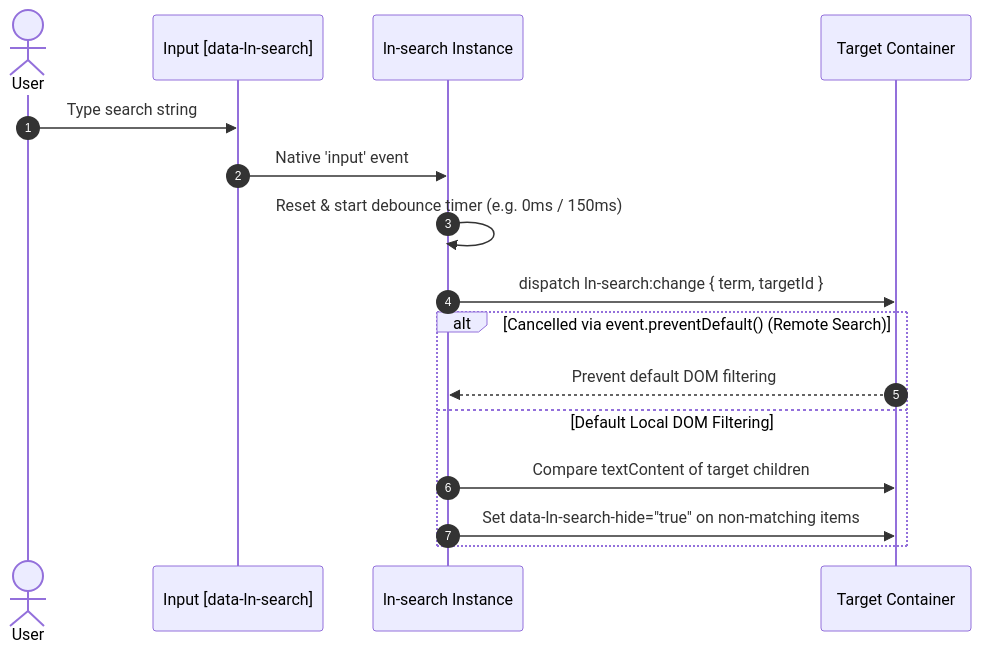
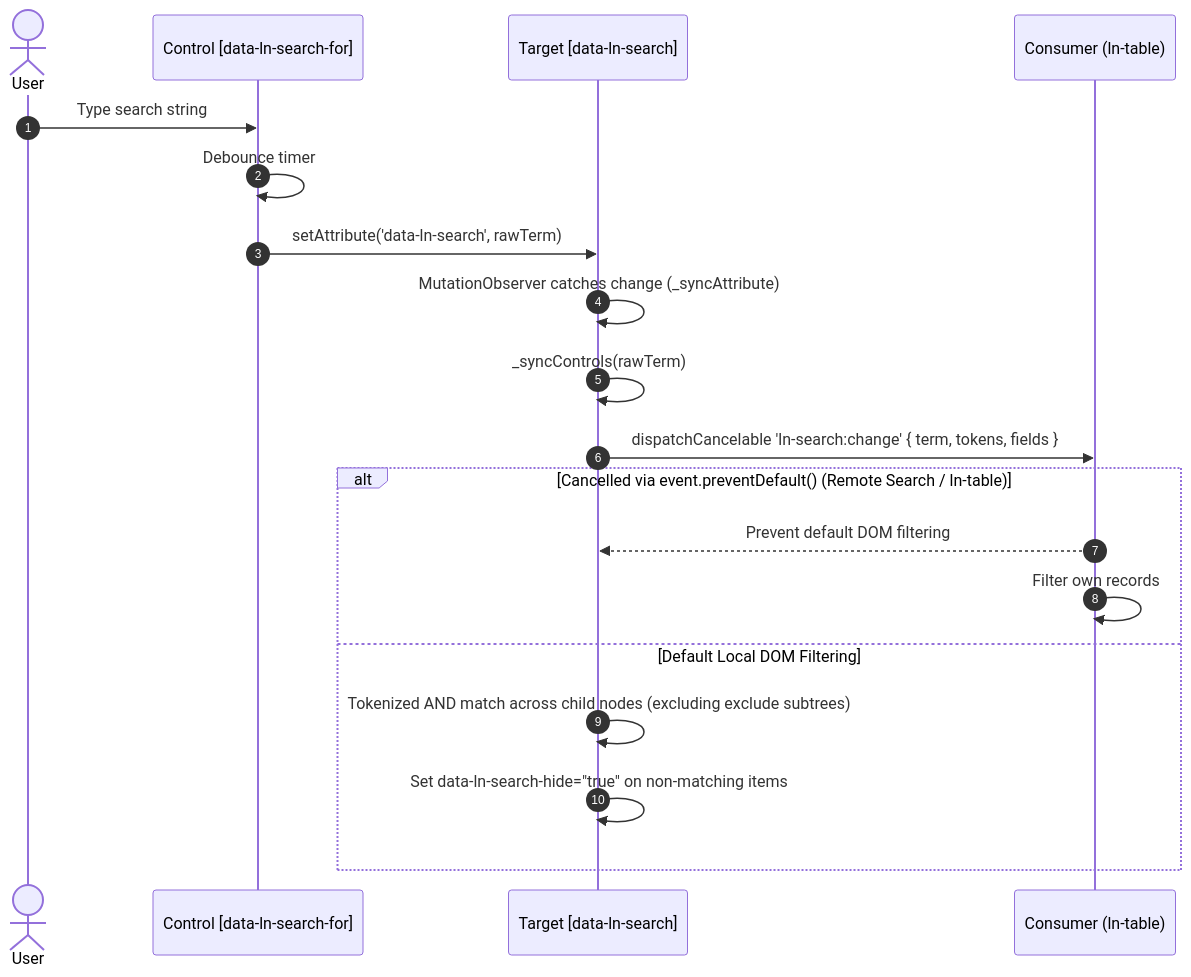
One commit to livenetworks/ln-ashlar changed the diagram in docs-mcp/components/ln-search.md. Above: the diagram before and after it, drawn with Mermaid. The commit also changed other lines of this file and 106 other files, not shown here.

Commit message:
feat(ln-search, ln-table): refactor ln-search to two-host architecture and improve table search

````diff
--- a/docs-mcp/components/ln-search.md
+++ b/docs-mcp/components/ln-search.md
@@ -176,20 +202,23 @@
 ```mermaid
 sequenceDiagram
     autonumber
     actor User
-    participant Input as Input [data-ln-search]
-    participant Component as ln-search Instance
-    participant Target as Target Container
+    participant Control as Control [data-ln-search-for]
+    participant Target as Target [data-ln-search]
+    participant Consumer as Consumer (ln-table)
 
-    User->>Input: Type search string
-    Input->>Component: Native 'input' event
-    Component->>Component: Reset & start debounce timer (e.g. 0ms / 150ms)
-    Component->>Target: dispatch ln-search:change { term, targetId }
+    User->>Control: Type search string
+    Control->>Control: Debounce timer
+    Control->>Target: setAttribute('data-ln-search', rawTerm)
+    Target->>Target: MutationObserver catches change (_syncAttribute)
+    Target->>Target: _syncControls(rawTerm)
+    Target->>Consumer: dispatchCancelable 'ln-search:change' { term, tokens, fields }
 
-    alt Cancelled via event.preventDefault() (Remote Search)
-        Target-->>Component: Prevent default DOM filtering
+    alt Cancelled via event.preventDefault() (Remote Search / ln-table)
+        Consumer-->>Target: Prevent default DOM filtering
+        Consumer->>Consumer: Filter own records
     else Default Local DOM Filtering
-        Component->>Target: Compare textContent of target children
-        Component->>Target: Set data-ln-search-hide="true" on non-matching items
+        Target->>Target: Tokenized AND match across child nodes (excluding exclude subtrees)
+        Target->>Target: Set data-ln-search-hide="true" on non-matching items
     end
 ```
````
